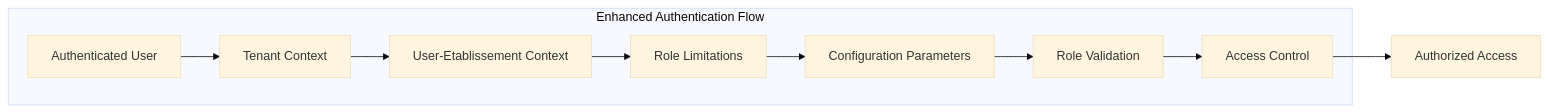
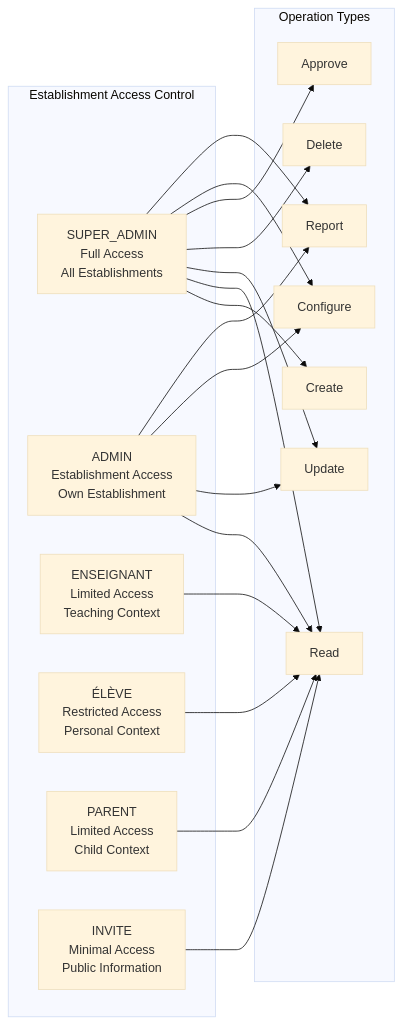
Before and after one commit to franckylab/eLISAschool: the ninth of 11 diagrams in .qoder/repowiki/en/content/Modules & Features/Administrative Modules/Establishment Management.md, drawn with Mermaid (base theme). The commit also changed other lines of this file and 95 other files, not shown here.

First line of the commit message:
refactor(architecture): corriger la source de vérité des informations établissement

````diff
--- a/.qoder/repowiki/en/content/Modules & Features/Administrative Modules/Establishment Management.md
+++ b/.qoder/repowiki/en/content/Modules & Features/Administrative Modules/Establishment Management.md
@@ -880,19 +861,35 @@
 ```mermaid
 graph LR
-subgraph "Enhanced Authentication Flow"
-User["Authenticated User"]
-Tenant["Tenant Context"]
-UserEtab["User-Etablissement Context"]
-RoleLimitations["Role Limitations"]
-ConfigParams["Configuration Parameters"]
-Role["Role Validation"]
-Access["Access Control"]
+subgraph "Establishment Access Control"
+SuperAdmin["SUPER_ADMIN<br/>Full Access<br/>All Establishments"]
+Admin["ADMIN<br/>Establishment Access<br/>Own Establishment"]
+Teacher["ENSEIGNANT<br/>Limited Access<br/>Teaching Context"]
+Student["ÉLÈVE<br/>Restricted Access<br/>Personal Context"]
+Parent["PARENT<br/>Limited Access<br/>Child Context"]
+Guest["INVITE<br/>Minimal Access<br/>Public Information"]
 end
-User --> Tenant
-Tenant --> UserEtab
-UserEtab --> RoleLimitations
-RoleLimitations --> ConfigParams
-ConfigParams --> Role
-Role --> Access
-Access --> Success["Authorized Access"]
+subgraph "Operation Types"
+Create["Create"]
+Read["Read"]
+Update["Update"]
+Delete["Delete"]
+Approve["Approve"]
+Configure["Configure"]
+Report["Report"]
+end
+SuperAdmin --> Create
+SuperAdmin --> Read
+SuperAdmin --> Update
+SuperAdmin --> Delete
+SuperAdmin --> Approve
+SuperAdmin --> Configure
+SuperAdmin --> Report
+Admin --> Read
+Admin --> Update
+Admin --> Configure
+Admin --> Report
+Teacher --> Read
+Student --> Read
+Parent --> Read
+Guest --> Read
 ```
````
